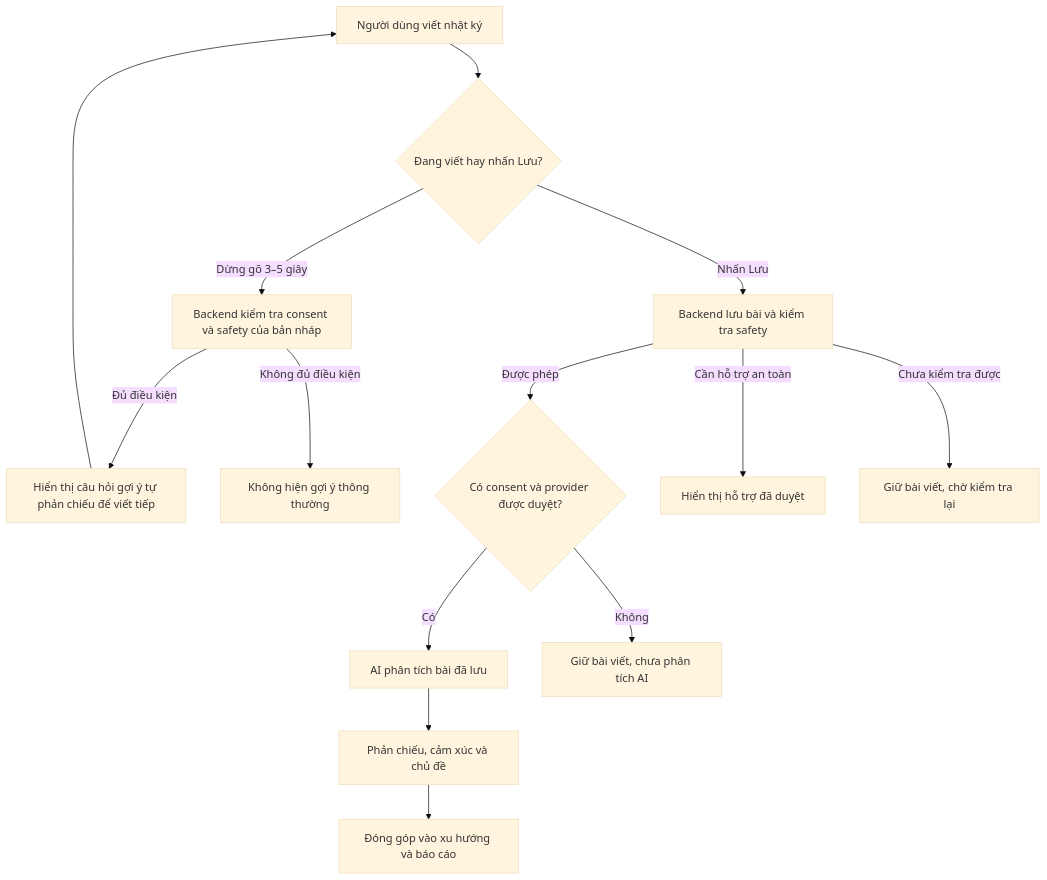
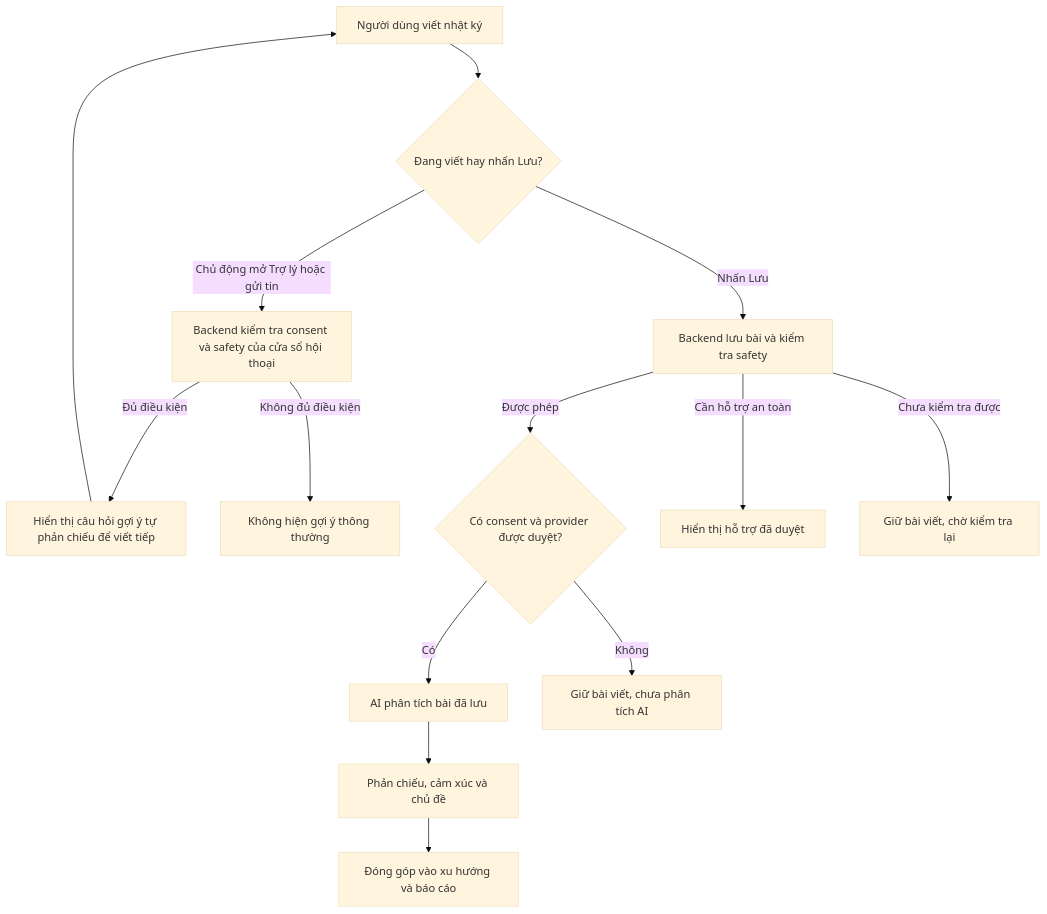
Before and after one commit to MinhThienNguyen040905/my-log-platform: the first of 2 diagrams in backend/docs/AI_ANALYSIS_GUIDE.md, drawn with Mermaid (base theme). The commit also changed other lines of this file and 16 other files, not shown here.

````diff
--- a/backend/docs/AI_ANALYSIS_GUIDE.md
+++ b/backend/docs/AI_ANALYSIS_GUIDE.md
@@ -7,16 +9,16 @@
 ```mermaid
 flowchart TD
     A[Người dùng viết nhật ký] --> B{Đang viết hay nhấn Lưu?}
-    B -->|Dừng gõ 3–5 giây| C[Backend kiểm tra consent và safety của bản nháp]
+    B -->|Chủ động mở Trợ lý hoặc gửi tin| C[Backend kiểm tra consent và safety của cửa sổ hội thoại]
     C -->|Đủ điều kiện| D[Hiển thị câu hỏi gợi ý tự phản chiếu để viết tiếp]
     C -->|Không đủ điều kiện| E[Không hiện gợi ý thông thường]
     D --> A
     B -->|Nhấn Lưu| F[Backend lưu bài và kiểm tra safety]
     F -->|Được phép| G{Có consent và provider được duyệt?}
     G -->|Có| H[AI phân tích bài đã lưu]
     H --> I[Phản chiếu, cảm xúc và chủ đề]
     I --> J[Đóng góp vào xu hướng và báo cáo]
     G -->|Không| K[Giữ bài viết, chưa phân tích AI]
     F -->|Cần hỗ trợ an toàn| L[Hiển thị hỗ trợ đã duyệt]
     F -->|Chưa kiểm tra được| M[Giữ bài viết, chờ kiểm tra lại]
 ```
````
